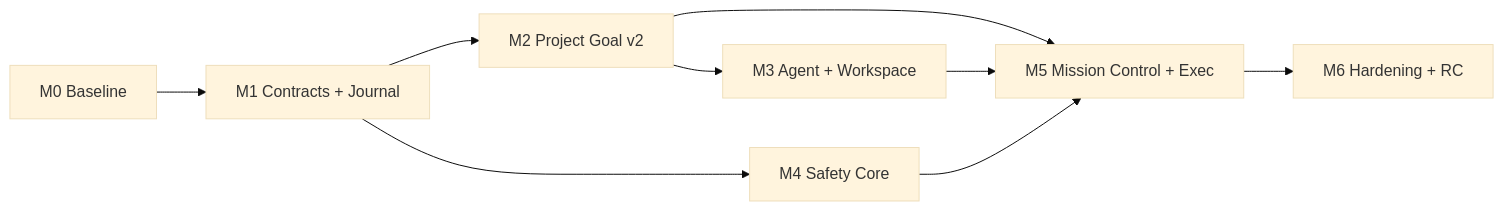
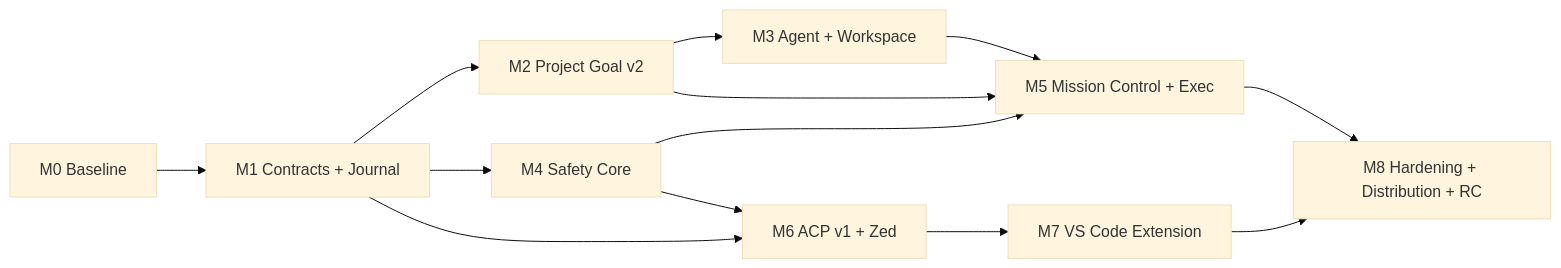
The second of 2 diagrams in docs/plan/v0.2.0-coding-agent-platform-plan.md (orion-agents/orion-code), drawn with Mermaid (base theme) before and after one commit. The commit also changed other lines of this file and 32 other files, not shown here.

````diff
--- a/docs/plan/v0.2.0-coding-agent-platform-plan.md
+++ b/docs/plan/v0.2.0-coding-agent-platform-plan.md
@@ -609,11 +748,15 @@
 ```mermaid
 flowchart LR
   M0["M0 Baseline"] --> M1["M1 Contracts + Journal"]
   M1 --> M2["M2 Project Goal v2"]
   M1 --> M4["M4 Safety Core"]
   M2 --> M3["M3 Agent + Workspace"]
   M2 --> M5["M5 Mission Control + Exec"]
   M3 --> M5
   M4 --> M5
-  M5 --> M6["M6 Hardening + RC"]
+  M1 --> M6["M6 ACP v1 + Zed"]
+  M4 --> M6
+  M6 --> M7["M7 VS Code Extension"]
+  M5 --> M8["M8 Hardening + Distribution + RC"]
+  M7 --> M8
 ```
````
